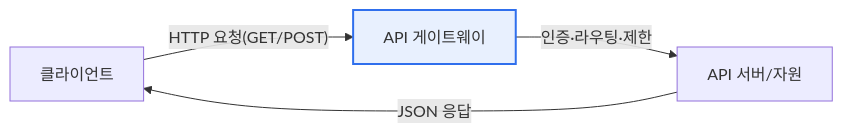
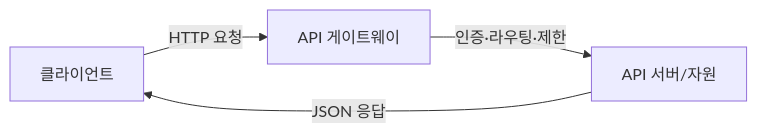
Before and after one commit to coninggu/wjdqhrhksflrltnftk: the diagram in content/open-api.md, drawn with Mermaid. The commit also changed other lines of this file and 28 other files, not shown here.

````diff
--- a/content/open-api.md
+++ b/content/open-api.md
@@ -25,7 +27,6 @@
 ```mermaid
 flowchart LR
-  C[클라이언트] -->|"HTTP 요청(GET/POST)"| G[API 게이트웨이]
+  C[클라이언트] -->|HTTP 요청| G[API 게이트웨이]
   G -->|인증·라우팅·제한| S[API 서버/자원]
-  S -->|"JSON 응답"| C
-  style G fill:#e8f0fe,stroke:#2f6fed,stroke-width:2px
+  S -->|JSON 응답| C
 ```
````
